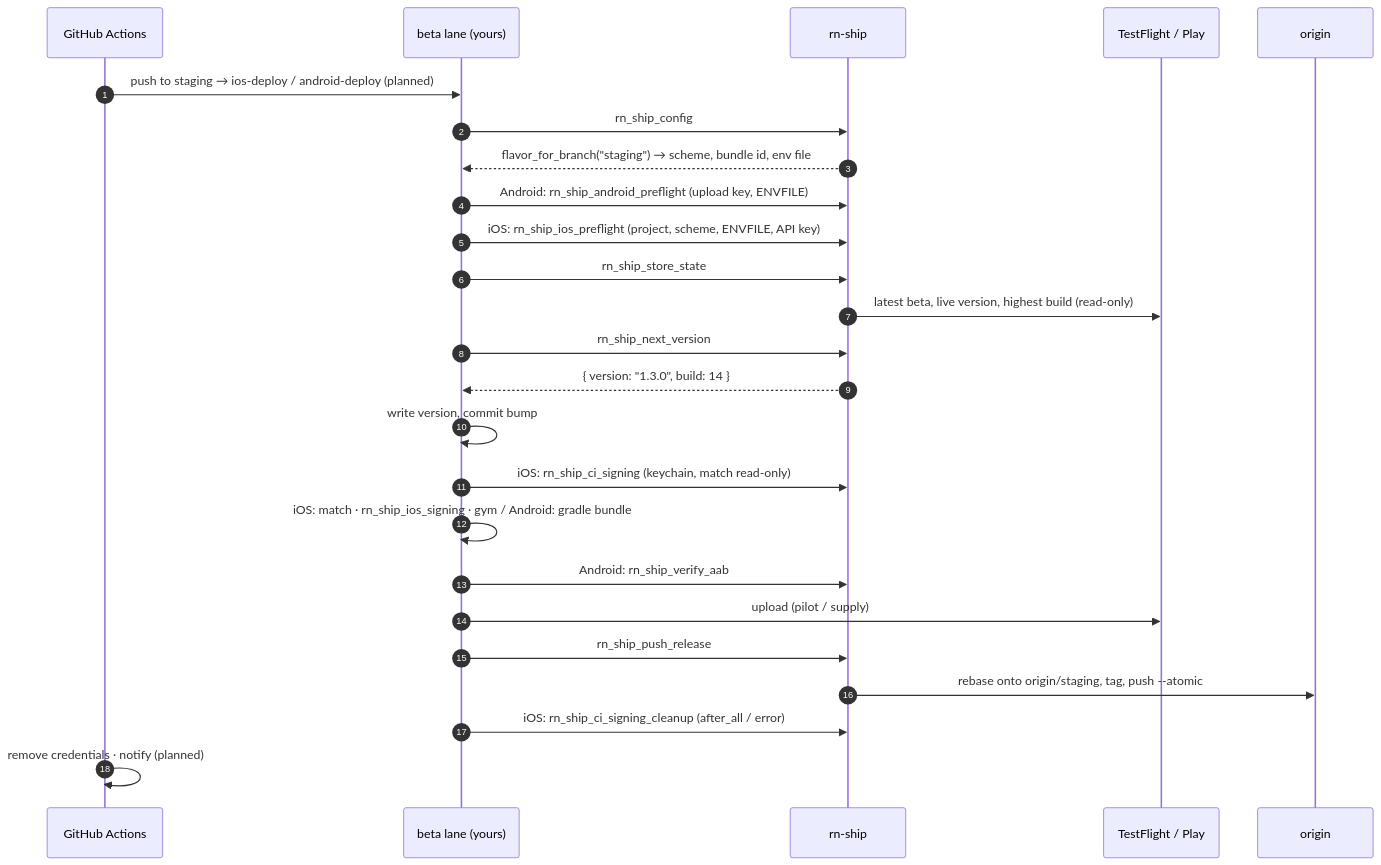
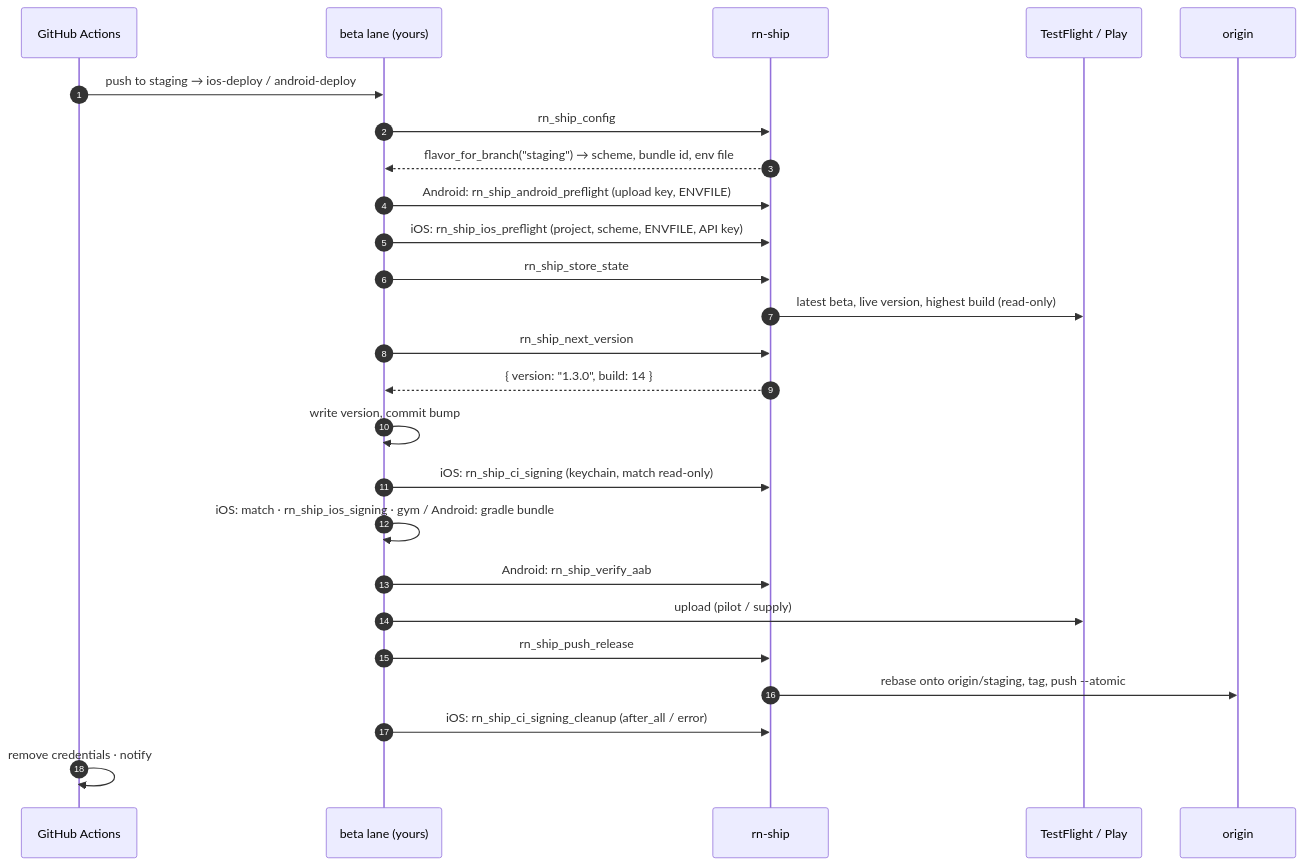
One commit to 27AppStudio/rn-ship changed the second of 5 diagrams in README.md. Above: the diagram before and after it, drawn with Mermaid. The commit also changed other lines of this file and 12 other files, not shown here.

````diff
--- a/README.md
+++ b/README.md
@@ -103,28 +125,28 @@
 ```mermaid
 sequenceDiagram
   autonumber
   participant GH as GitHub Actions
   participant Lane as beta lane (yours)
   participant RS as rn-ship
   participant Store as TestFlight / Play
   participant Git as origin
 
-  GH->>Lane: push to staging → ios-deploy / android-deploy (planned)
+  GH->>Lane: push to staging → ios-deploy / android-deploy
   Lane->>RS: rn_ship_config
   RS-->>Lane: flavor_for_branch("staging") → scheme, bundle id, env file
   Lane->>RS: Android: rn_ship_android_preflight (upload key, ENVFILE)
   Lane->>RS: iOS: rn_ship_ios_preflight (project, scheme, ENVFILE, API key)
   Lane->>RS: rn_ship_store_state
   RS->>Store: latest beta, live version, highest build (read-only)
   Lane->>RS: rn_ship_next_version
   RS-->>Lane: { version: "1.3.0", build: 14 }
   Lane->>Lane: write version, commit bump
   Lane->>RS: iOS: rn_ship_ci_signing (keychain, match read-only)
   Lane->>Lane: iOS: match · rn_ship_ios_signing · gym / Android: gradle bundle
   Lane->>RS: Android: rn_ship_verify_aab
   Lane->>Store: upload (pilot / supply)
   Lane->>RS: rn_ship_push_release
   RS->>Git: rebase onto origin/staging, tag, push --atomic
   Lane->>RS: iOS: rn_ship_ci_signing_cleanup (after_all / error)
-  GH->>GH: remove credentials · notify (planned)
+  GH->>GH: remove credentials · notify
 ```
````
